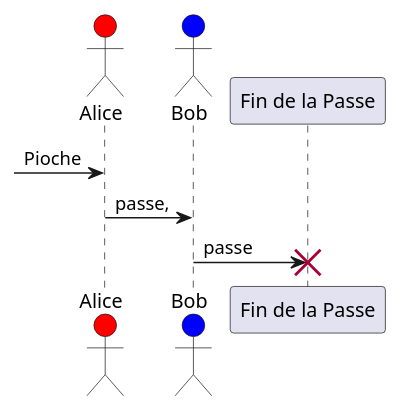
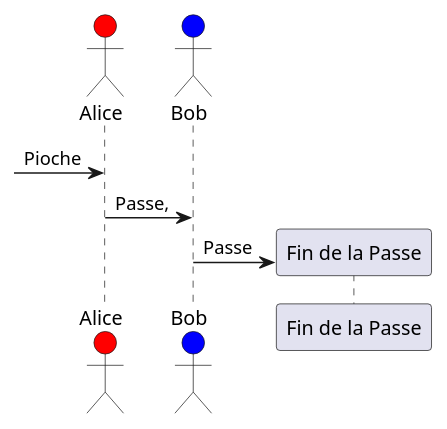
The second of 7 diagrams in sphérier/référence/phases-de-jeu/combat.md (de-dale/wiki), drawn with PlantUML before and after one commit. The commit also changed other lines of this file, not shown here.

Commit message:
docs: update sphérier/référence/phases-de-jeu/combat

````diff
--- a/sphérier/référence/phases-de-jeu/combat.md
+++ b/sphérier/référence/phases-de-jeu/combat.md
@@ -139,9 +139,9 @@
 ```plantuml
 actor Alice #red
 actor Bob #blue
 
 [-> Alice: Pioche
 
-Alice -> Bob : passe,
-Bob -> "Fin de la Passe"!! : passe
+Alice -> Bob : Passe,
+Bob -> "Fin de la Passe" ** : Passe
 ```
````
